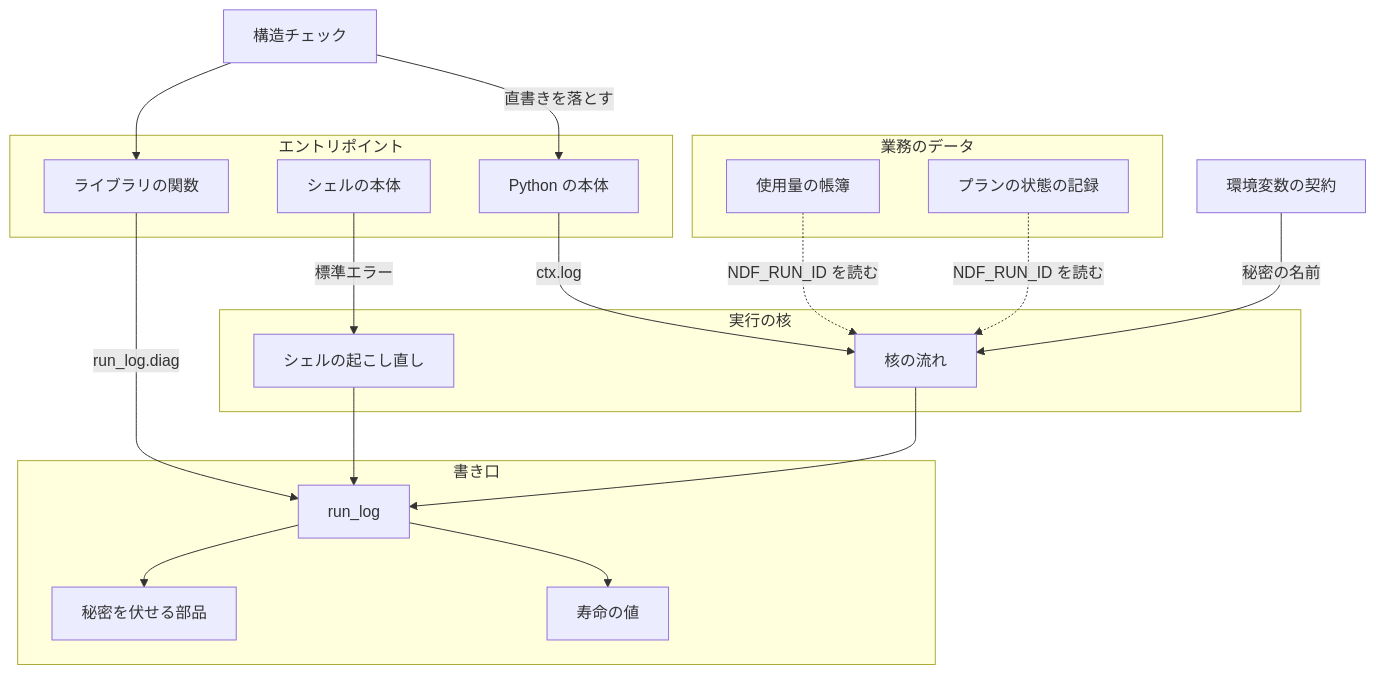
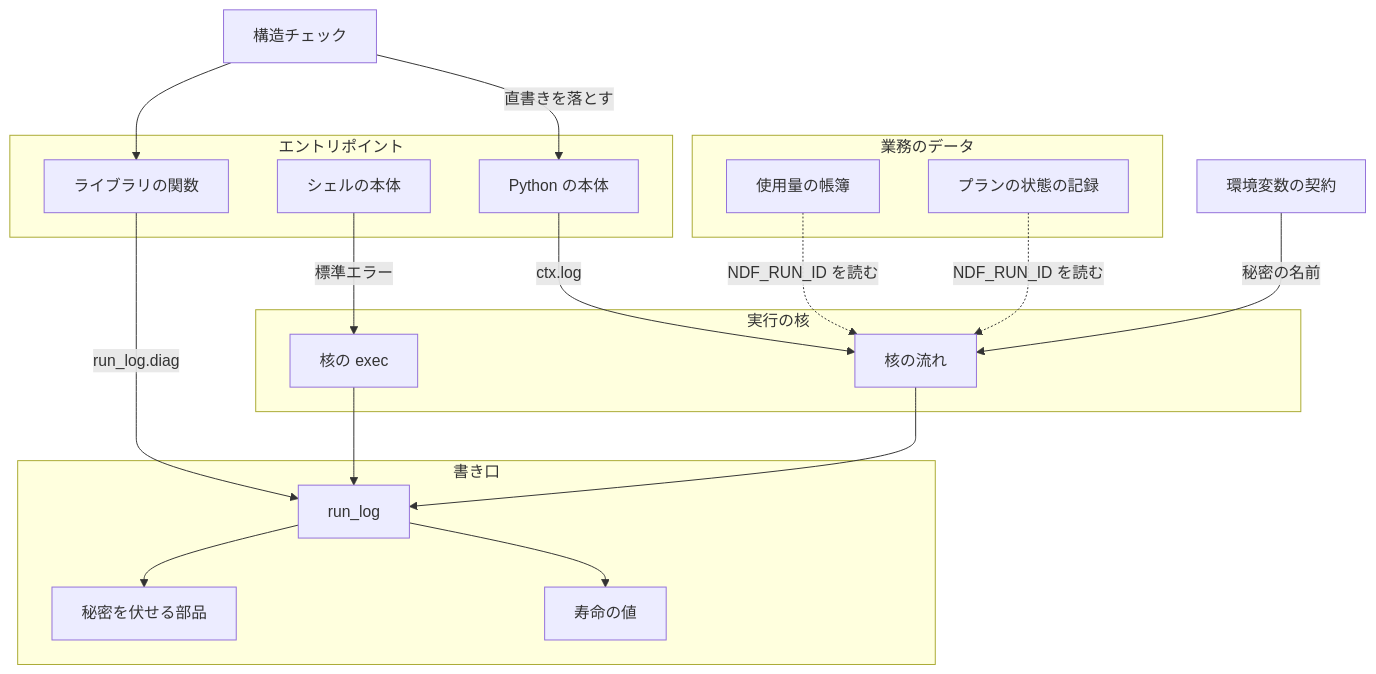
One commit to devbasex/ai-plugins changed the first of 5 diagrams in issues/issue-2338-design.md. Above: the diagram before and after it, drawn with Mermaid. The commit also changed other lines of this file and 1 other file, not shown here.

````diff
--- a/issues/issue-2338-design.md
+++ b/issues/issue-2338-design.md
@@ -117,33 +119,33 @@
 ```mermaid
 graph TD
     subgraph エントリポイント
         PY[Python の本体]
         LIB[ライブラリの関数]
         SH[シェルの本体]
     end
     subgraph 実行の核
         K[核の流れ]
-        EX[シェルの起こし直し]
+        EX[核の exec]
     end
     subgraph 書き口
         RL[run_log]
         SR[秘密を伏せる部品]
         KD[寿命の値]
     end
     subgraph 業務のデータ
         UL[使用量の帳簿]
         ST[プランの状態の記録]
     end
     PY -->|ctx.log| K
     LIB -->|run_log.diag| RL
     SH -->|標準エラー| EX
     EX --> RL
     K --> RL
     RL --> SR
     RL --> KD
     UL -.->|NDF_RUN_ID を読む| K
     ST -.->|NDF_RUN_ID を読む| K
     CT[環境変数の契約] -->|秘密の名前| K
     CK[構造チェック] -->|直書きを落とす| PY
     CK --> LIB
 ```
````
